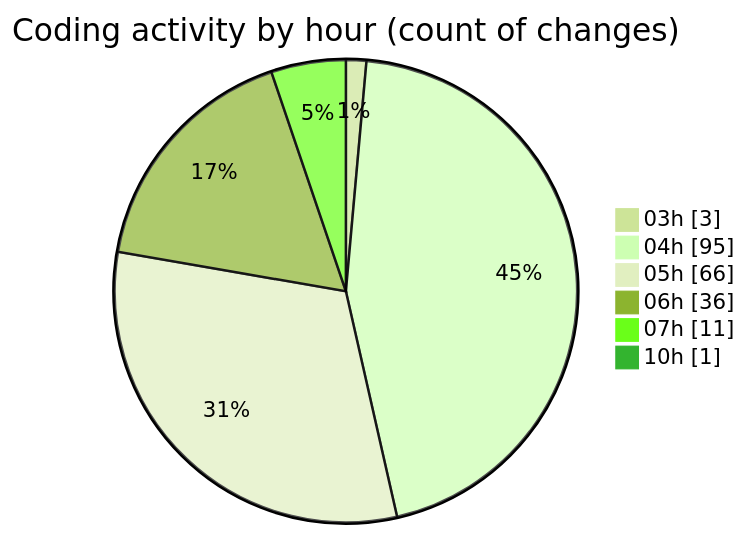
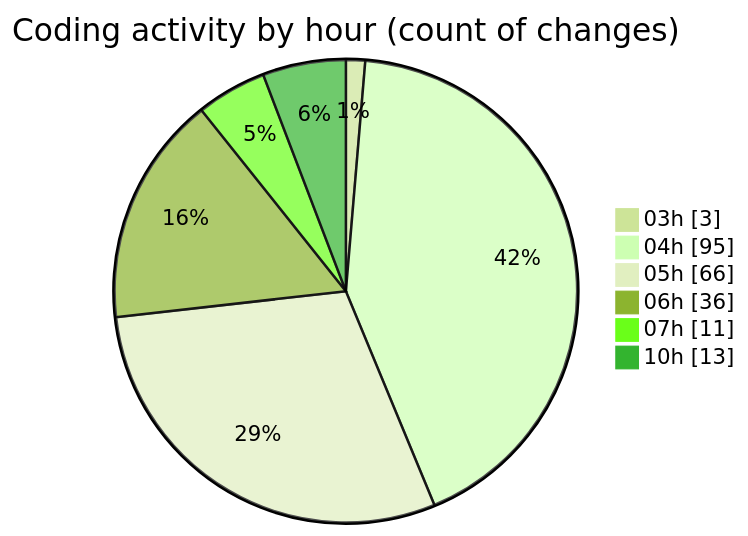
The second of 2 diagrams in 2025-01-03/tinycms/README.md (ernivani/code-tracking), drawn with Mermaid (forest theme) before and after one commit. The commit also changed other lines of this file and 5 other files, not shown here.

````diff
--- a/2025-01-03/tinycms/README.md
+++ b/2025-01-03/tinycms/README.md
@@ -72,10 +74,10 @@
 ```mermaid
 pie showData
 title Coding activity by hour (count of changes)
 "03h" : 3
 "04h" : 95
 "05h" : 66
 "06h" : 36
 "07h" : 11
-"10h" : 1
+"10h" : 13
 ```
````
